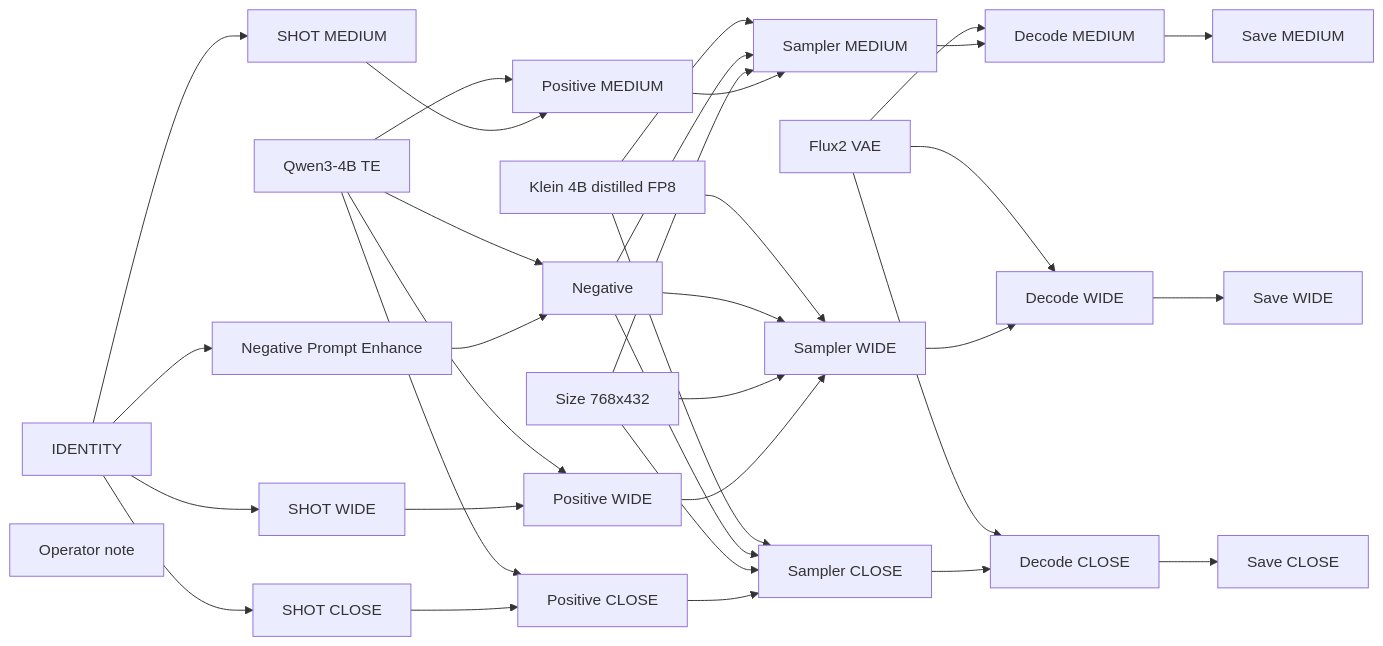
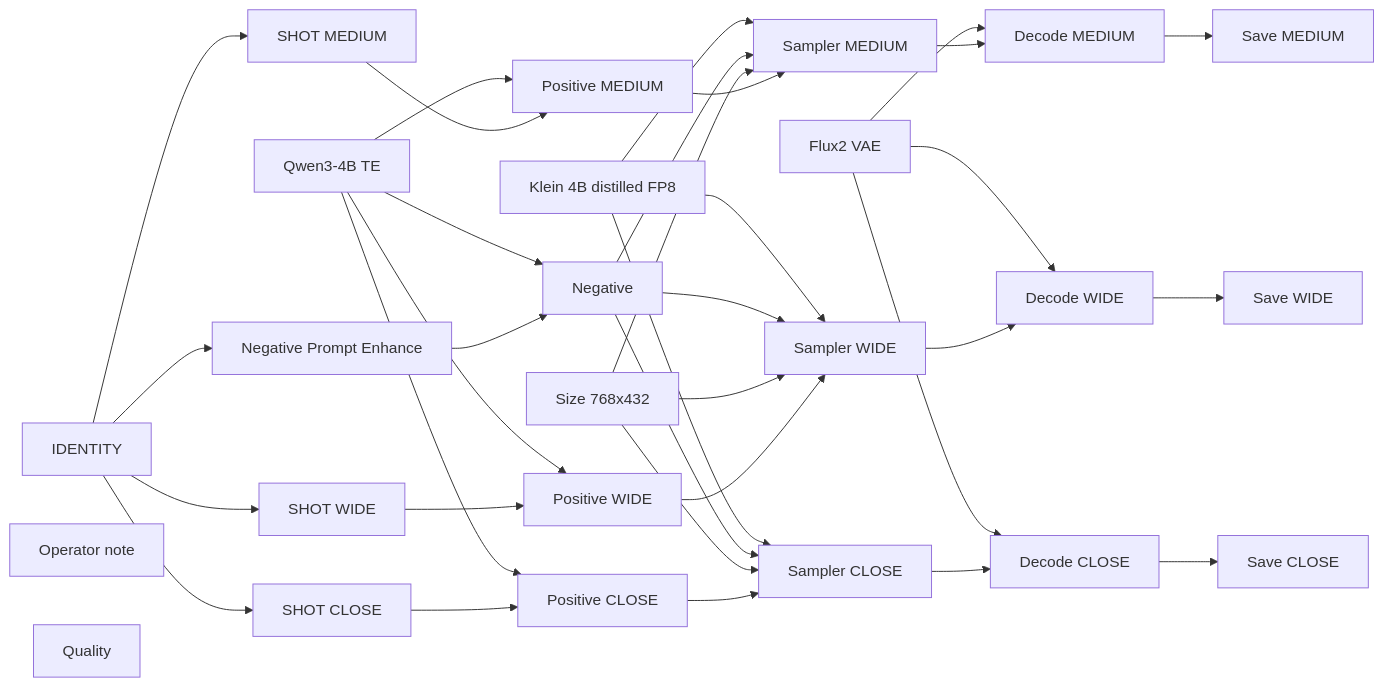
One commit to toxicoder/ez-comfy-stack changed the diagram in docs/generated/workflows/klein/camera-angles.md. Above: the diagram before and after it, drawn with Mermaid. The commit also changed other lines of this file and 644 other files, not shown here.

````diff
--- a/docs/generated/workflows/klein/camera-angles.md
+++ b/docs/generated/workflows/klein/camera-angles.md
@@ -50,59 +50,60 @@
 ```mermaid
 flowchart LR
   N1["Klein 4B distilled FP8"]
   N2["Qwen3-4B TE"]
   N3["Flux2 VAE"]
   N4["IDENTITY"]
   N5["Negative"]
   N6["Size 768x432"]
   N7["Operator note"]
   N10["SHOT MEDIUM"]
   N11["Positive MEDIUM"]
   N12["Sampler MEDIUM"]
   N13["Decode MEDIUM"]
   N14["Save MEDIUM"]
   N16["SHOT WIDE"]
   N17["Positive WIDE"]
   N18["Sampler WIDE"]
   N19["Decode WIDE"]
   N20["Save WIDE"]
   N22["SHOT CLOSE"]
   N23["Positive CLOSE"]
   N24["Sampler CLOSE"]
   N25["Decode CLOSE"]
   N26["Save CLOSE"]
   N27["Negative Prompt Enhance"]
+  N28["Quality"]
   N1 --> N12
   N1 --> N18
   N1 --> N24
   N2 --> N5
   N2 --> N11
   N2 --> N17
   N2 --> N23
   N3 --> N13
   N3 --> N19
   N3 --> N25
   N4 --> N10
   N4 --> N16
   N4 --> N22
   N4 --> N27
   N5 --> N12
   N5 --> N18
   N5 --> N24
   N6 --> N12
   N6 --> N18
   N6 --> N24
   N10 --> N11
   N11 --> N12
   N12 --> N13
   N13 --> N14
   N16 --> N17
   N17 --> N18
   N18 --> N19
   N19 --> N20
   N22 --> N23
   N23 --> N24
   N24 --> N25
   N25 --> N26
   N27 --> N5
 ```
````
